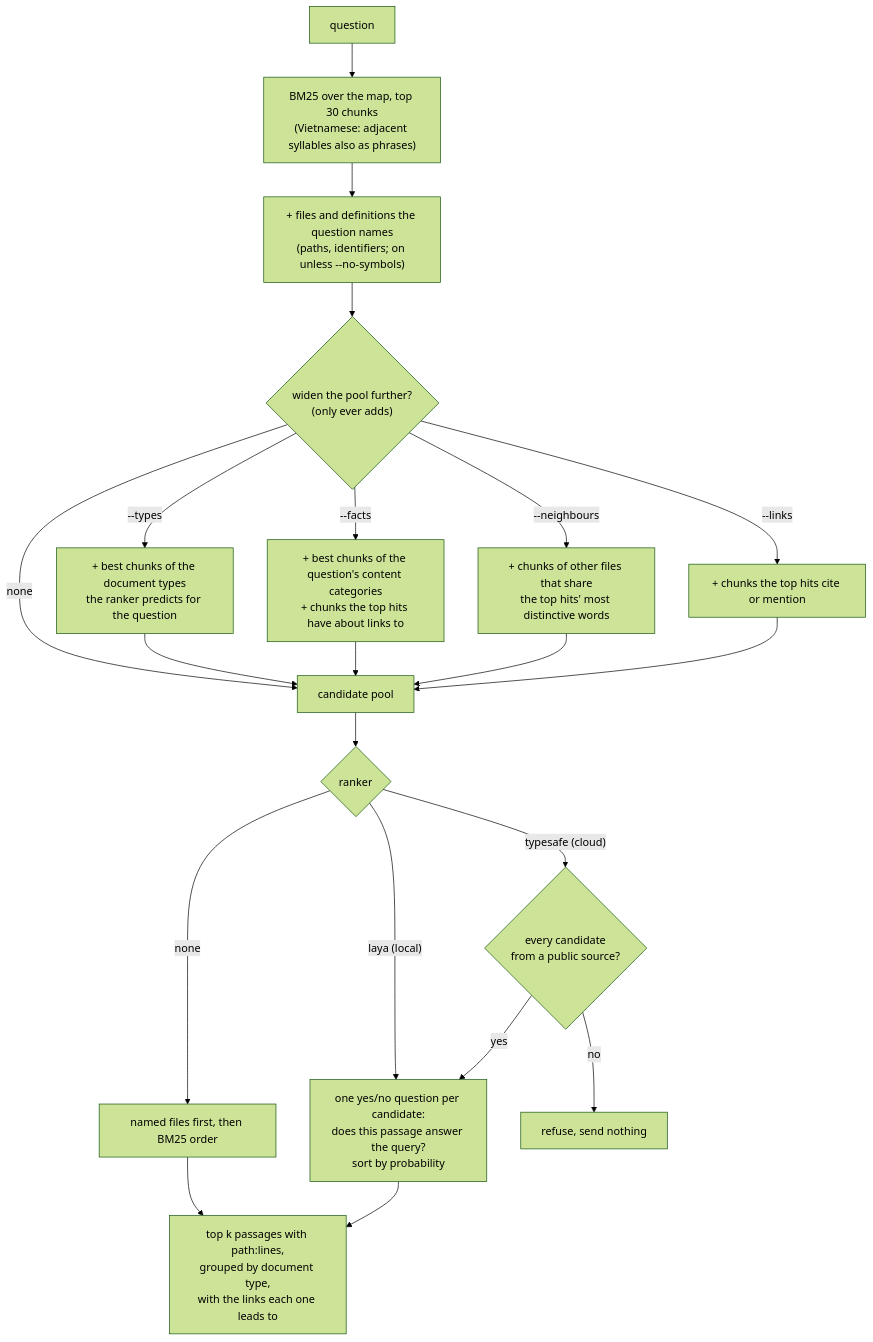
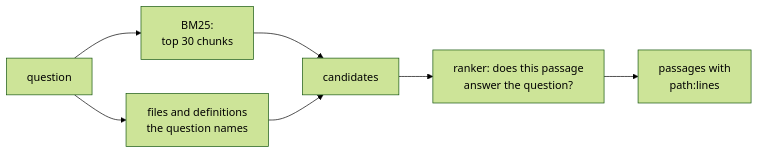
Before and after one commit to minhquan23102000/inventio: the second of 2 diagrams in README.md, drawn with Mermaid (forest theme). The commit also changed other lines of this file and 16 other files, not shown here.

Commit message:
dispositio: Laya fine-tuned on SWE-bench train and function categories, windowed long passages, concise README

````diff
--- a/README.md
+++ b/README.md
@@ -44,23 +53,6 @@
 ```mermaid
-flowchart TD
-    Q["question"] --> B["BM25 over the map, top 30 chunks<br/>(Vietnamese: adjacent syllables also as phrases)"]
-    B --> S["+ files and definitions the question names<br/>(paths, identifiers; on unless --no-symbols)"]
-    S --> W{"widen the pool further?<br/>(only ever adds)"}
-    W -- "--types" --> T["+ best chunks of the document types<br/>the ranker predicts for the question"]
-    W -- "--facts" --> F["+ best chunks of the question's content categories<br/>+ chunks the top hits have about links to"]
-    W -- "--neighbours" --> M["+ chunks of other files that share<br/>the top hits' most distinctive words"]
-    W -- "--links" --> L["+ chunks the top hits cite or mention"]
-    W -- "none" --> P
-    T --> P["candidate pool"]
-    F --> P
-    M --> P
-    L --> P
-    P --> G{"ranker"}
-    G -- "none" --> O["named files first, then BM25 order"]
-    G -- "laya (local)" --> R["one yes/no question per candidate:<br/>does this passage answer the query?<br/>sort by probability"]
-    G -- "typesafe (cloud)" --> X{"every candidate<br/>from a public source?"}
-    X -- "no" --> N["refuse, send nothing"]
-    X -- "yes" --> R
-    O --> A["top k passages with path:lines,<br/>grouped by document type,<br/>with the links each one leads to"]
-    R --> A
+flowchart LR
+    Q["question"] --> B["BM25:<br/>top 30 chunks"] --> P["candidates"]
+    Q --> N["files and definitions<br/>the question names"] --> P
+    P --> R["ranker: does this passage<br/>answer the question?"] --> A["passages with<br/>path:lines"]
 ```
````
